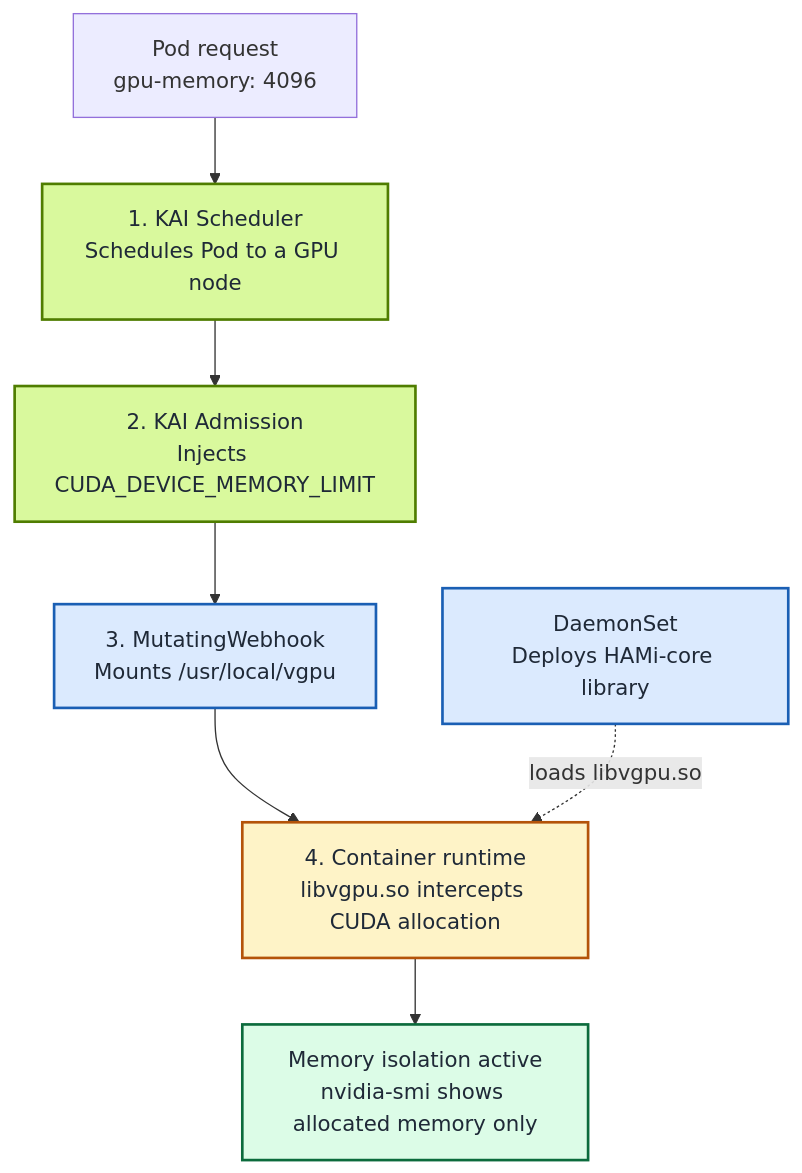
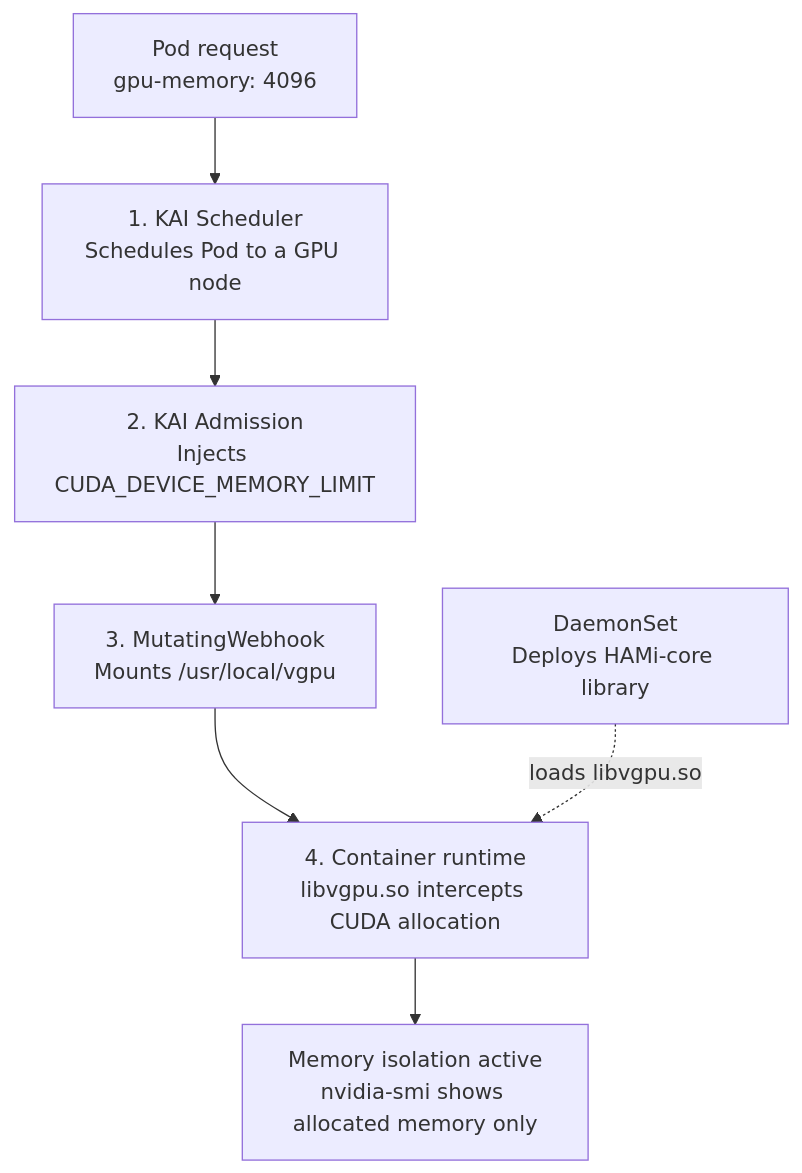
One commit to Project-HAMi/website changed the first of 3 diagrams in blog/hami-core-adopted-by-nvidia-kai-scheduler/index.md. Above: the diagram before and after it, drawn with Mermaid. The commit also changed other lines of this file and 5 other files, not shown here.

Commit message:
fix(ui): make mermaid diagrams readable in dark mode

````diff
--- a/blog/hami-core-adopted-by-nvidia-kai-scheduler/index.md
+++ b/blog/hami-core-adopted-by-nvidia-kai-scheduler/index.md
@@ -57,21 +57,19 @@
 ```mermaid
 %% title: HAMi + KAI Scheduler Integration Flow
 graph TD
     POD["Pod request<br/>gpu-memory: 4096"]
     SCHED["1. KAI Scheduler<br/>Schedules Pod to a GPU node"]
     INJECT["2. KAI Admission<br/>Injects CUDA_DEVICE_MEMORY_LIMIT"]
     WEBHOOK["3. MutatingWebhook<br/>Mounts /usr/local/vgpu"]
     DAEMON["DaemonSet<br/>Deploys HAMi-core library"]
     CONTAINER["4. Container runtime<br/>libvgpu.so intercepts CUDA allocation"]
     ENFORCE["Memory isolation active<br/>nvidia-smi shows allocated memory only"]
 
     POD --> SCHED --> INJECT --> WEBHOOK --> CONTAINER --> ENFORCE
     DAEMON -. "loads libvgpu.so" .-> CONTAINER
 
-    style SCHED fill:#d9f99d,stroke:#4f7d00,stroke-width:2px,color:#1f2937
-    style INJECT fill:#d9f99d,stroke:#4f7d00,stroke-width:2px,color:#1f2937
-    style WEBHOOK fill:#dbeafe,stroke:#1a5fb4,stroke-width:2px,color:#1f2937
-    style DAEMON fill:#dbeafe,stroke:#1a5fb4,stroke-width:2px,color:#1f2937
-    style CONTAINER fill:#fef3c7,stroke:#b45309,stroke-width:2px,color:#1f2937
-    style ENFORCE fill:#dcfce7,stroke:#0b6b3c,stroke-width:2px,color:#1f2937
+    class SCHED,INJECT kai
+    class WEBHOOK,DAEMON info
+    class CONTAINER run
+    class ENFORCE ok
 ```
````
